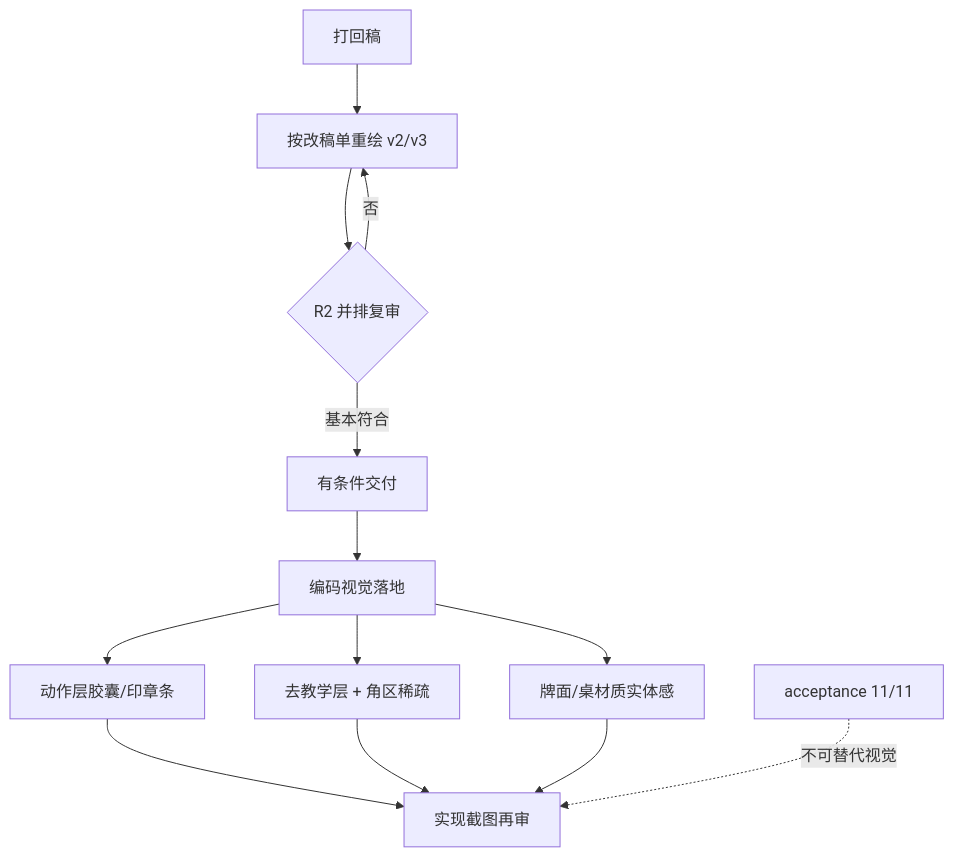
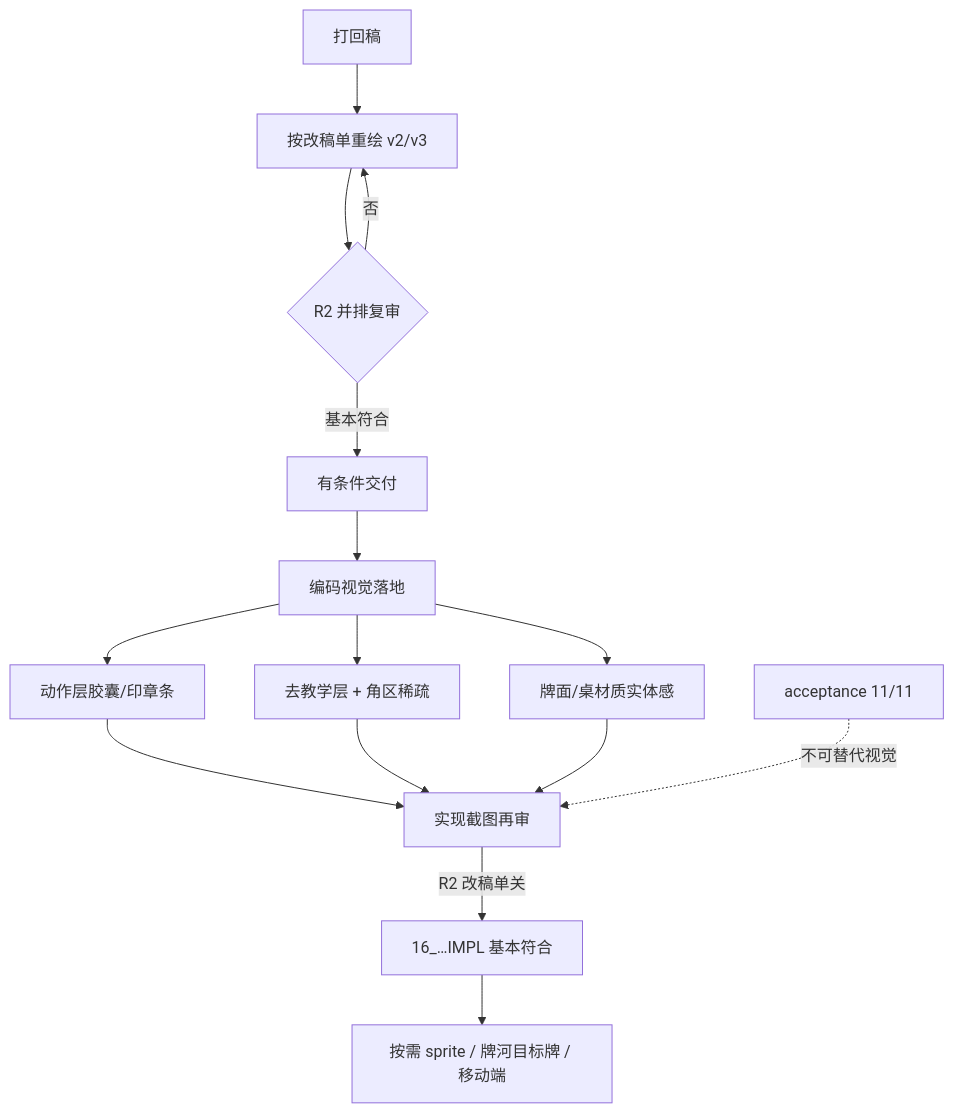
Before and after one commit to business4wangyi/majiang1: the diagram in docs/handoff-majiang-ui-fidelity-progress-20260917.md, drawn with Mermaid. The commit also changed other lines of this file and 3 other files, not shown here.

Commit message:
docs(majiang): 关闭 R2 实现截图档位 B 验收并回填 handoff

````diff
--- a/docs/handoff-majiang-ui-fidelity-progress-20260917.md
+++ b/docs/handoff-majiang-ui-fidelity-progress-20260917.md
@@ -9,15 +9,17 @@
 ```mermaid
 flowchart TD
   A[打回稿] --> B[按改稿单重绘 v2/v3]
   B --> C{R2 并排复审}
   C -->|基本符合| D[有条件交付]
   D --> E[编码视觉落地]
   E --> E1[动作层胶囊/印章条]
   E --> E2[去教学层 + 角区稀疏]
   E --> E3[牌面/桌材质实体感]
   E1 --> F[实现截图再审]
   E2 --> F
   E3 --> F
+  F -->|R2 改稿单关| G[16_…IMPL 基本符合]
+  G --> H[按需 sprite / 牌河目标牌 / 移动端]
   C -->|否| B
-  G[acceptance 11/11] -.->|不可替代视觉| F
+  I[acceptance 11/11] -.->|不可替代视觉| F
 ```
````
